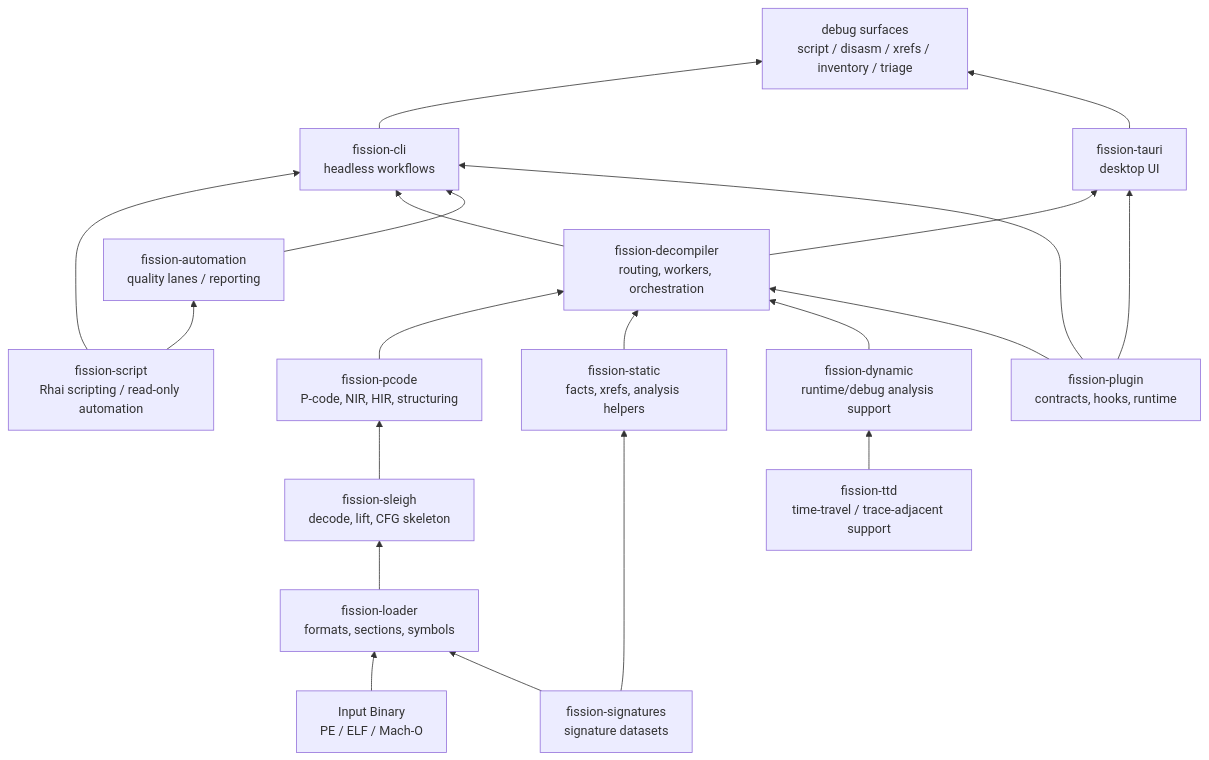
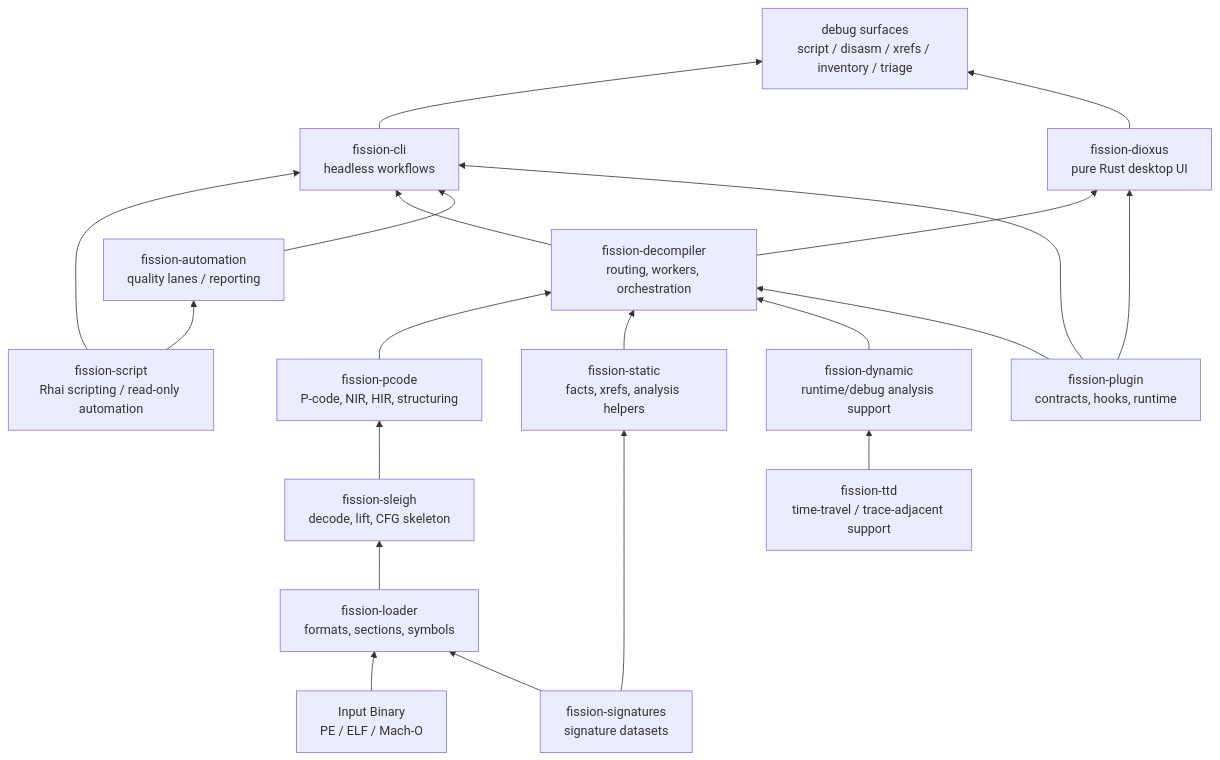
The first of 2 diagrams in README.md (fission-systems/Fission), drawn with Mermaid before and after one commit. The commit also changed other lines of this file, not shown here.

Commit message:
docs: update README to reflect migration from Fission-Tauri to Fission-Dioxus

````diff
--- a/README.md
+++ b/README.md
@@ -38,25 +38,25 @@
 ```mermaid
 flowchart BT
     Binary["Input Binary<br/>PE / ELF / Mach-O"] --> Loader["fission-loader<br/>formats, sections, symbols"]
     Loader --> Sleigh["fission-sleigh<br/>decode, lift, CFG skeleton"]
     Sleigh --> Pcode["fission-pcode<br/>P-code, NIR, HIR, structuring"]
     Pcode --> Decompiler["fission-decompiler<br/>routing, workers, orchestration"]
 
     Static["fission-static<br/>facts, xrefs, analysis helpers"] --> Decompiler
     Signatures["fission-signatures<br/>signature datasets"] --> Loader
     Signatures --> Static
 
     Script["fission-script<br/>Rhai scripting / read-only automation"] --> CLI
     Script --> Automation["fission-automation<br/>quality lanes / reporting"]
     Dynamic["fission-dynamic<br/>runtime/debug analysis support"] --> Decompiler
     TTD["fission-ttd<br/>time-travel / trace-adjacent support"] --> Dynamic
     Plugin["fission-plugin<br/>contracts, hooks, runtime"] --> Decompiler
 
     Decompiler --> CLI["fission-cli<br/>headless workflows"]
-    Decompiler --> GUI["fission-tauri<br/>desktop UI"]
+    Decompiler --> GUI["fission-dioxus<br/>pure Rust desktop UI"]
     Automation --> CLI
     CLI --> Debug["debug surfaces<br/>script / disasm / xrefs / inventory / triage"]
     GUI --> Debug
     Plugin --> CLI
     Plugin --> GUI
 ```
````
